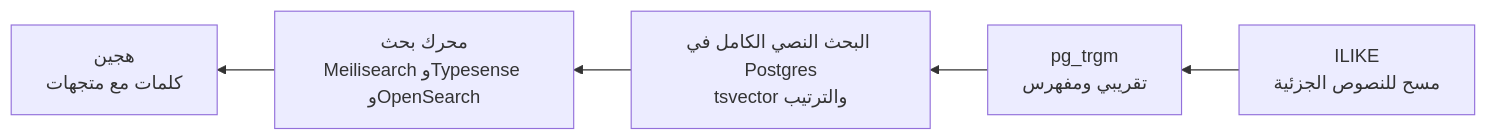
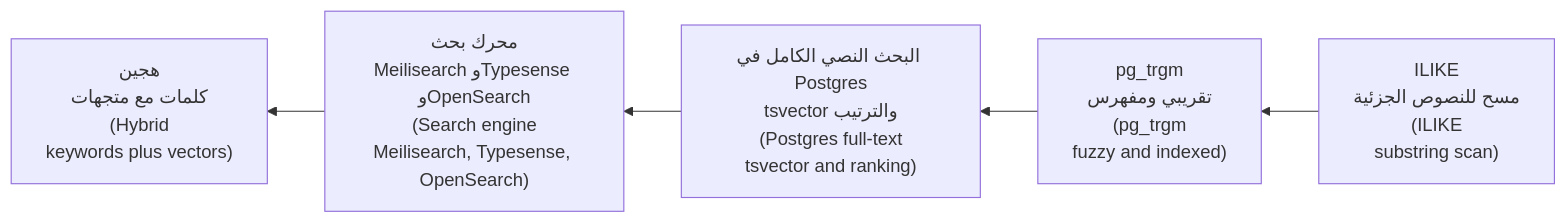
Before and after one commit to Tamoura/system-design-for-vibe-coders: the fifth of 9 diagrams in saas/modules/02-data.ar.md, drawn with Mermaid. The commit also changed other lines of this file and 62 other files, not shown here.

First line of the commit message:
Arabic editions: English on every diagram label, RTL fixes, rebuild

````diff
--- a/saas/modules/02-data.ar.md
+++ b/saas/modules/02-data.ar.md
@@ -595,7 +595,7 @@
 ```mermaid
 flowchart RL
-    A["ILIKE<br/>مسح للنصوص الجزئية"] --> B["pg_trgm<br/>تقريبي ومفهرس"]
-    B --> C["البحث النصي الكامل في Postgres<br/>tsvector والترتيب"]
-    C --> D["محرك بحث<br/>Meilisearch وTypesense وOpenSearch"]
-    D --> E["هجين<br/>كلمات مع متجهات"]
+    A["ILIKE<br/>مسح للنصوص الجزئية<br/>(ILIKE<br/>substring scan)"] --> B["pg_trgm<br/>تقريبي ومفهرس<br/>(pg_trgm<br/>fuzzy and indexed)"]
+    B --> C["البحث النصي الكامل في Postgres<br/>tsvector والترتيب<br/>(Postgres full-text<br/>tsvector and ranking)"]
+    C --> D["محرك بحث<br/>Meilisearch وTypesense وOpenSearch<br/>(Search engine<br/>Meilisearch, Typesense, OpenSearch)"]
+    D --> E["هجين<br/>كلمات مع متجهات<br/>(Hybrid<br/>keywords plus vectors)"]
 ```
````
